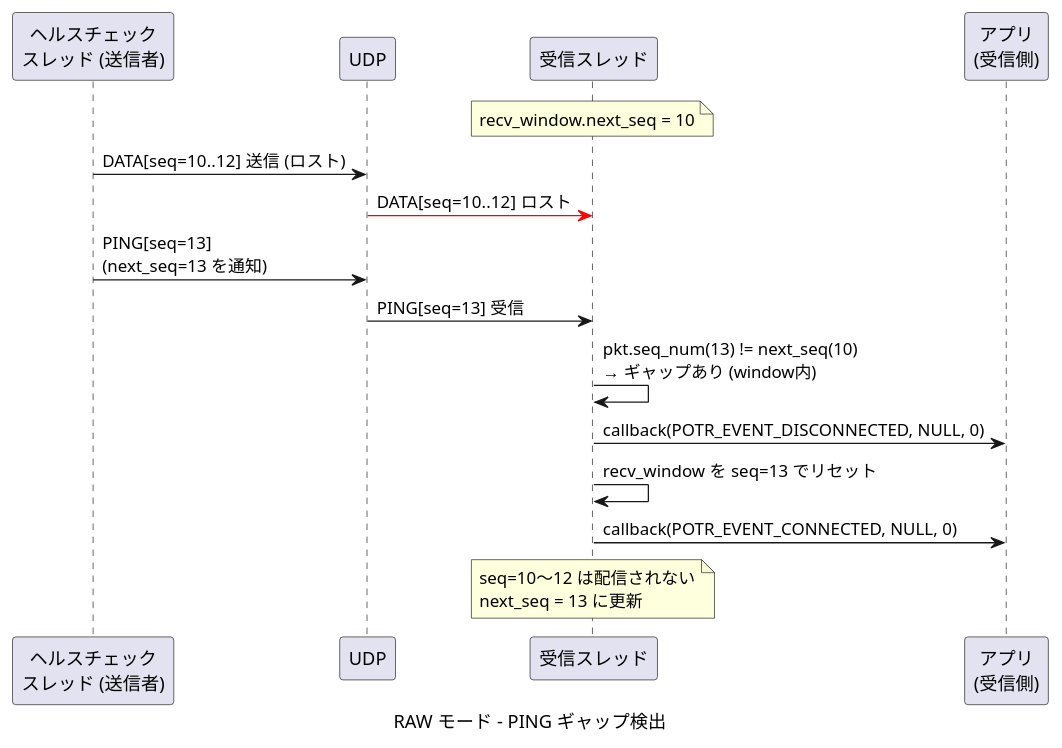
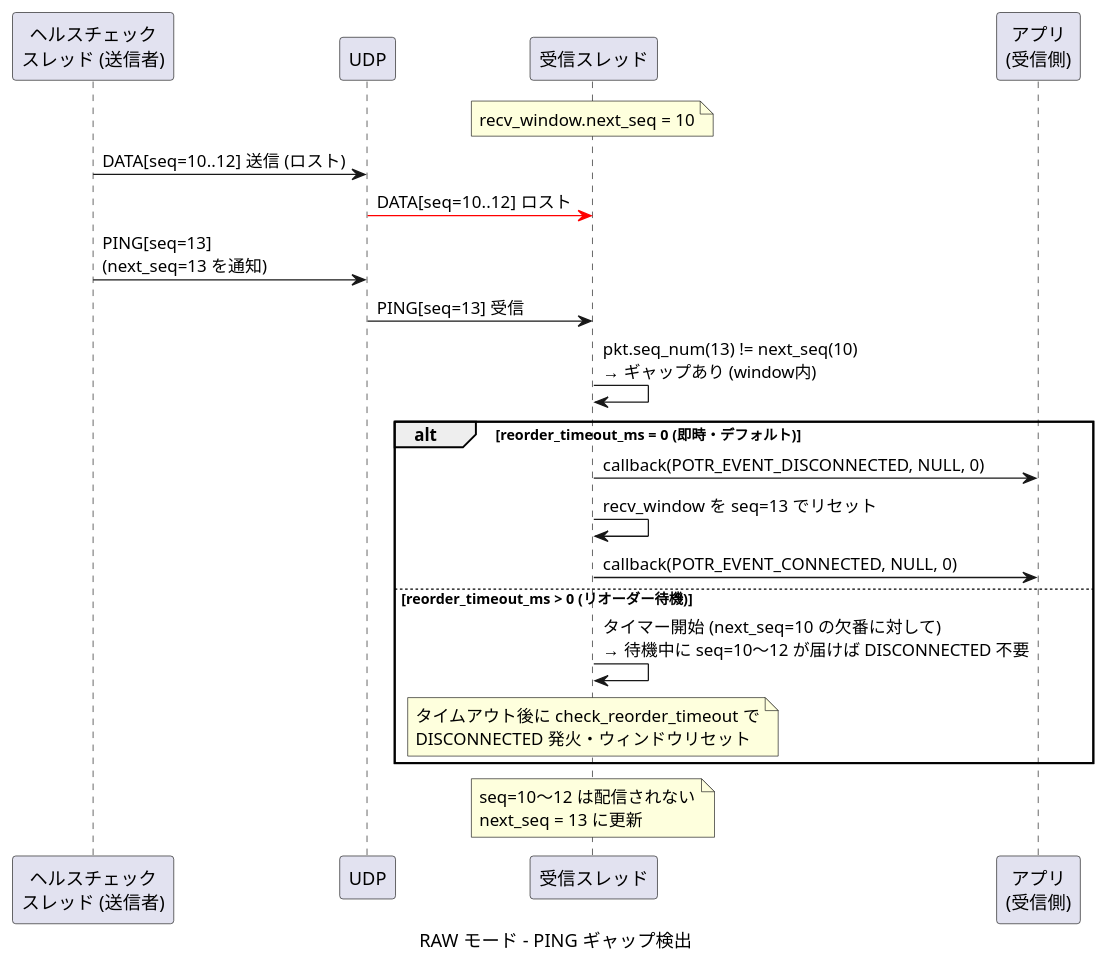
Diagram 15 of 16 in prod/porter/docs/sequence.md (Hondarer/c-modernization-kit), drawn with PlantUML before and after one commit. The commit also changed other lines of this file and 9 other files, not shown here.

````diff
--- a/prod/porter/docs/sequence.md
+++ b/prod/porter/docs/sequence.md
@@ -465,26 +555,32 @@
 ```plantuml
 @startuml RAW モード - PING ギャップ検出
 caption RAW モード - PING ギャップ検出
 
 participant "ヘルスチェック\nスレッド (送信者)" as HT
 participant "UDP" as UDP
 participant "受信スレッド" as RRT
 participant "アプリ\n(受信側)" as RAPP
 
 note over RRT: recv_window.next_seq = 10
 
 HT -> UDP: DATA[seq=10..12] 送信 (ロスト)
 UDP -[#red]> RRT: DATA[seq=10..12] ロスト
 
 HT -> UDP: PING[seq=13]\n(next_seq=13 を通知)
 UDP -> RRT: PING[seq=13] 受信
 
 RRT -> RRT: pkt.seq_num(13) != next_seq(10)\n→ ギャップあり (window内)
-RRT -> RAPP: callback(POTR_EVENT_DISCONNECTED, NULL, 0)
-RRT -> RRT: recv_window を seq=13 でリセット
-RRT -> RAPP: callback(POTR_EVENT_CONNECTED, NULL, 0)
+
+alt reorder_timeout_ms = 0 (即時・デフォルト)
+  RRT -> RAPP: callback(POTR_EVENT_DISCONNECTED, NULL, 0)
+  RRT -> RRT: recv_window を seq=13 でリセット
+  RRT -> RAPP: callback(POTR_EVENT_CONNECTED, NULL, 0)
+else reorder_timeout_ms > 0 (リオーダー待機)
+  RRT -> RRT: タイマー開始 (next_seq=10 の欠番に対して)\n→ 待機中に seq=10〜12 が届けば DISCONNECTED 不要
+  note over RRT: タイムアウト後に check_reorder_timeout で\nDISCONNECTED 発火・ウィンドウリセット
+end
 
 note over RRT: seq=10〜12 は配信されない\nnext_seq = 13 に更新
 
 @enduml
 ```
````
